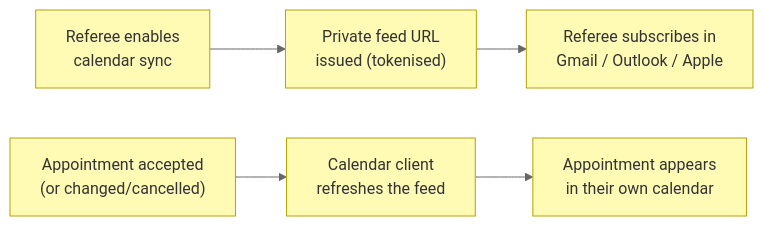
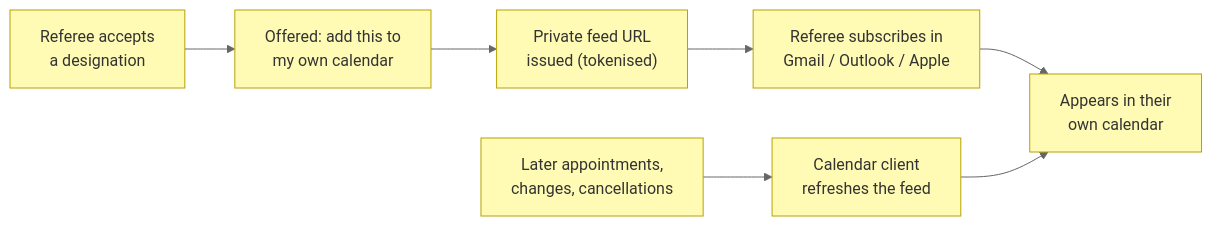
Before and after one commit to DataME2/ia-architect: the eighth of 11 diagrams in docs/ea/2_business/3_business-processes.md, drawn with Mermaid (neutral theme). The commit also changed other lines of this file and 7 other files, not shown here.

````diff
--- a/docs/ea/2_business/3_business-processes.md
+++ b/docs/ea/2_business/3_business-processes.md
@@ -219,14 +231,15 @@
 ```mermaid
 flowchart LR
-  enable["Referee enables<br>calendar sync"]:::business
+  accept["Referee accepts<br>a designation"]:::business
+  offer["Offered: add this to<br>my own calendar"]:::business
   issue["Private feed URL<br>issued (tokenised)"]:::business
   subscribe["Referee subscribes in<br>Gmail / Outlook / Apple"]:::business
-  accept["Appointment accepted<br>(or changed/cancelled)"]:::business
+  change["Later appointments,<br>changes, cancellations"]:::business
   refresh["Calendar client<br>refreshes the feed"]:::business
-  shown["Appointment appears<br>in their own calendar"]:::business
+  shown["Appears in their<br>own calendar"]:::business
 
-  enable --> issue --> subscribe
-  accept --> refresh --> shown
+  accept --> offer --> issue --> subscribe --> shown
+  change --> refresh --> shown
 
   classDef business fill:#fffbb5,stroke:#b8a200,color:#333
 ```
````
